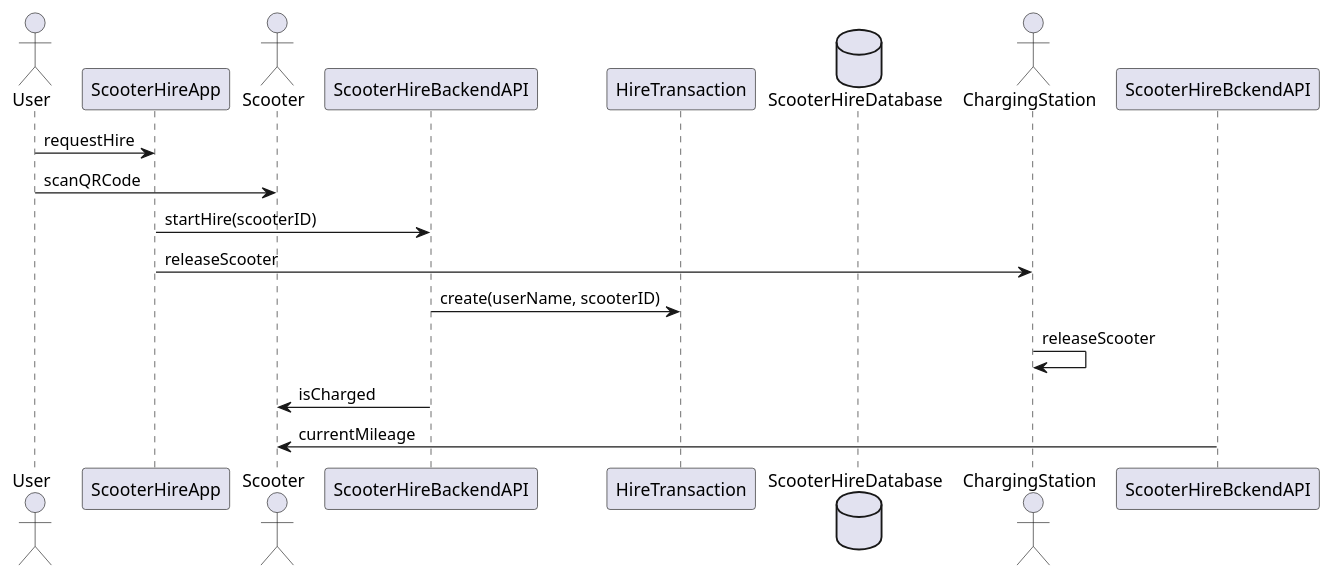
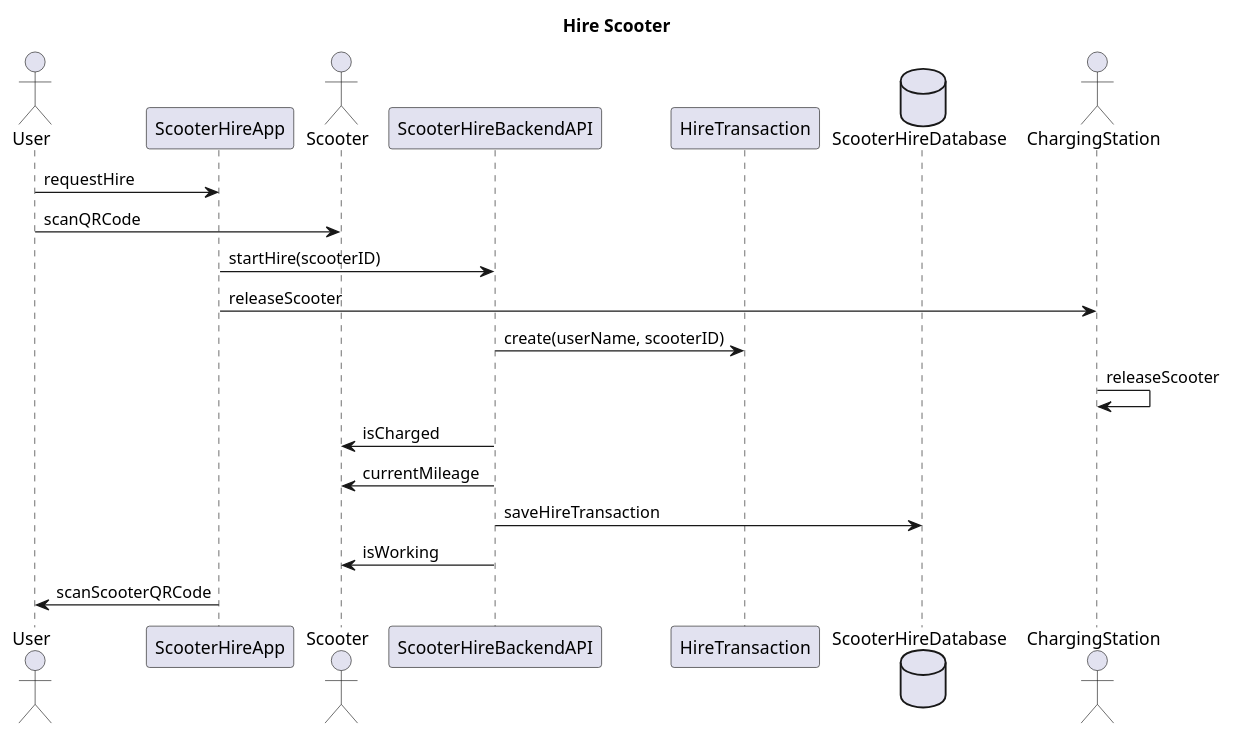
One commit to Halima1997/mv-bootcamp changed the diagram in UML/scooterSequence1.puml. Above: the diagram before and after it, drawn with PlantUML. The commit also changed 7 other files, not shown here.

```diff
--- a/UML/scooterSequence1.puml
+++ b/UML/scooterSequence1.puml
@@ -1,20 +1,25 @@
 @startuml
+
+title Hire Scooter
 
 actor User
 participant ScooterHireApp
 actor Scooter
 participant ScooterHireBackendAPI
 participant HireTransaction
 database ScooterHireDatabase
 actor ChargingStation
 
 User -> ScooterHireApp: requestHire
 User -> Scooter: scanQRCode
 ScooterHireApp -> ScooterHireBackendAPI: startHire(scooterID)
 ScooterHireApp -> ChargingStation: releaseScooter
 ScooterHireBackendAPI -> HireTransaction: create(userName, scooterID)
 ChargingStation -> ChargingStation: releaseScooter
 ScooterHireBackendAPI -> Scooter: isCharged
-ScooterHireBckendAPI -> Scooter: currentMileage
+ScooterHireBackendAPI -> Scooter: currentMileage
+ScooterHireBackendAPI -> ScooterHireDatabase: saveHireTransaction
+ScooterHireBackendAPI -> Scooter: isWorking
+ScooterHireApp -> User: scanScooterQRCode
 
 @enduml
```
